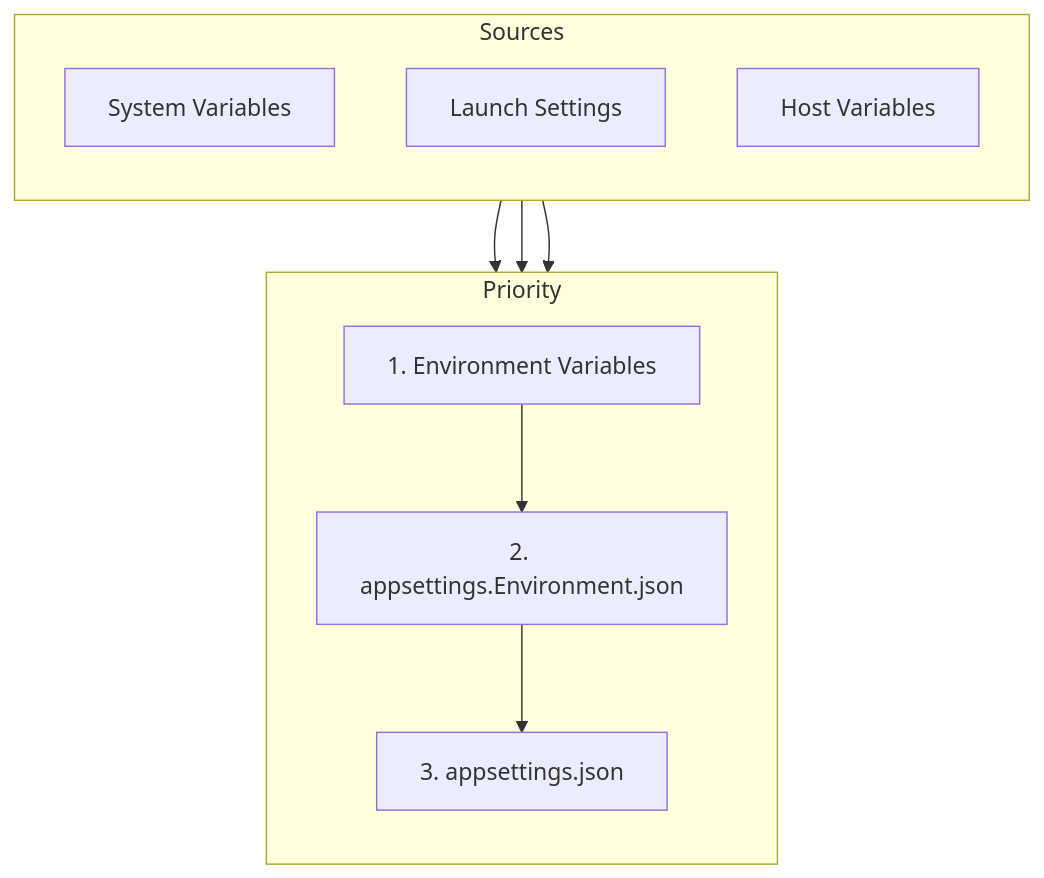
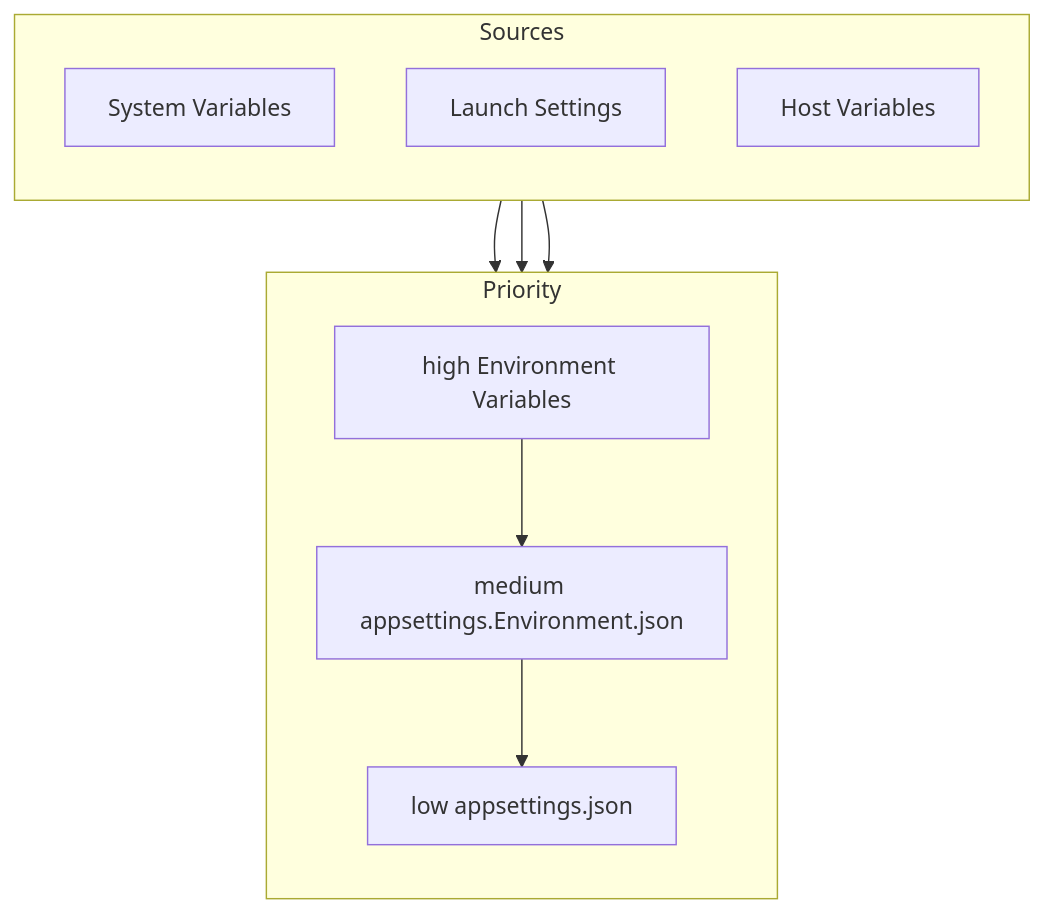
The second of 2 diagrams in README.md (Moemen99/Building-Restful-Web-API-14), drawn with Mermaid before and after one commit.

````diff
--- a/README.md
+++ b/README.md
@@ -168,20 +168,20 @@
 ```mermaid
 flowchart TB
     subgraph Priority
         direction TB
-        A[1. Environment Variables]
-        B[2. appsettings.Environment.json]
-        C[3. appsettings.json]
+        A[high Environment Variables]
+        B[medium appsettings.Environment.json]
+        C[low appsettings.json]
         A --> B --> C
     end
 
     subgraph Sources
         direction TB
         D[System Variables]
         E[Launch Settings]
         F[Host Variables]
         D --> A
         E --> A
         F --> A
     end
 ```
````
